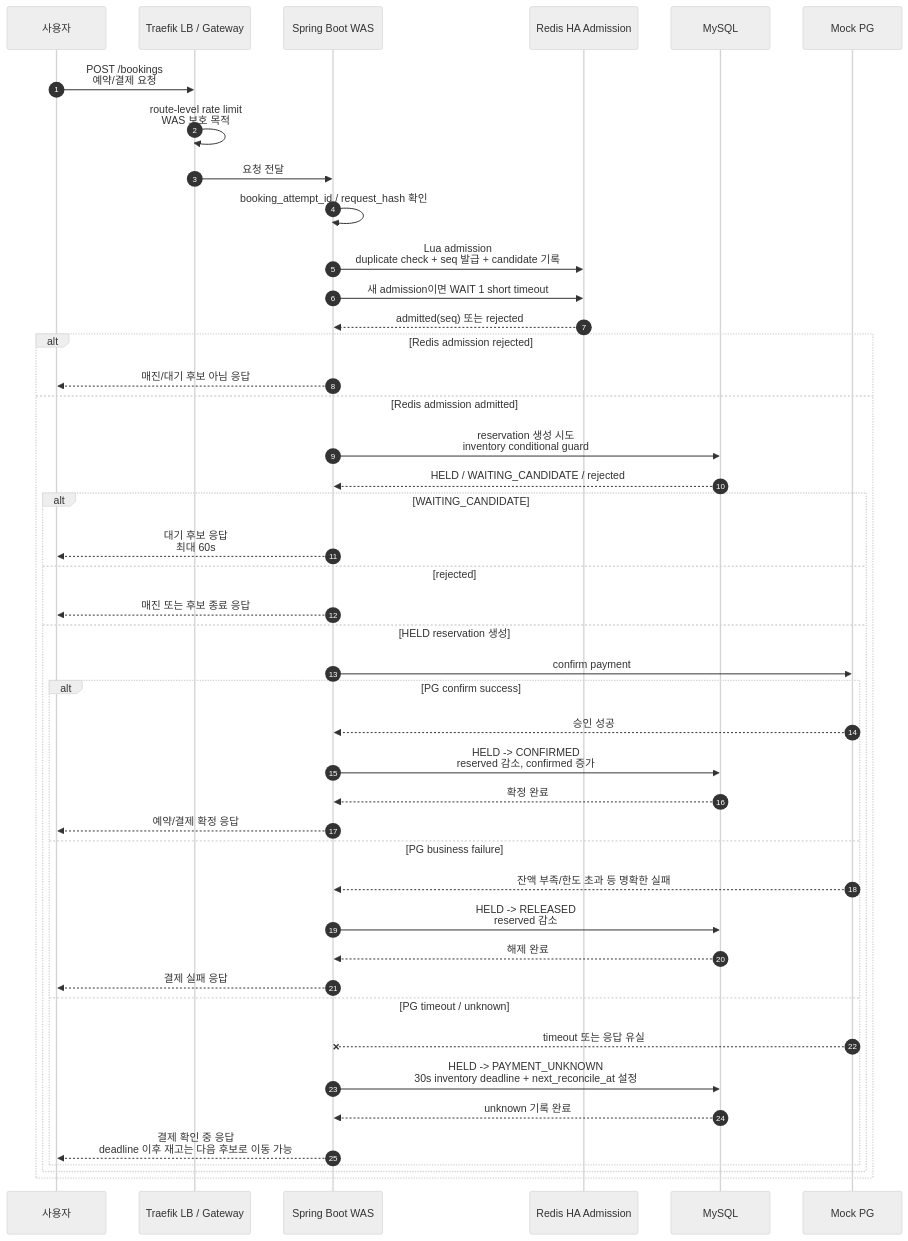
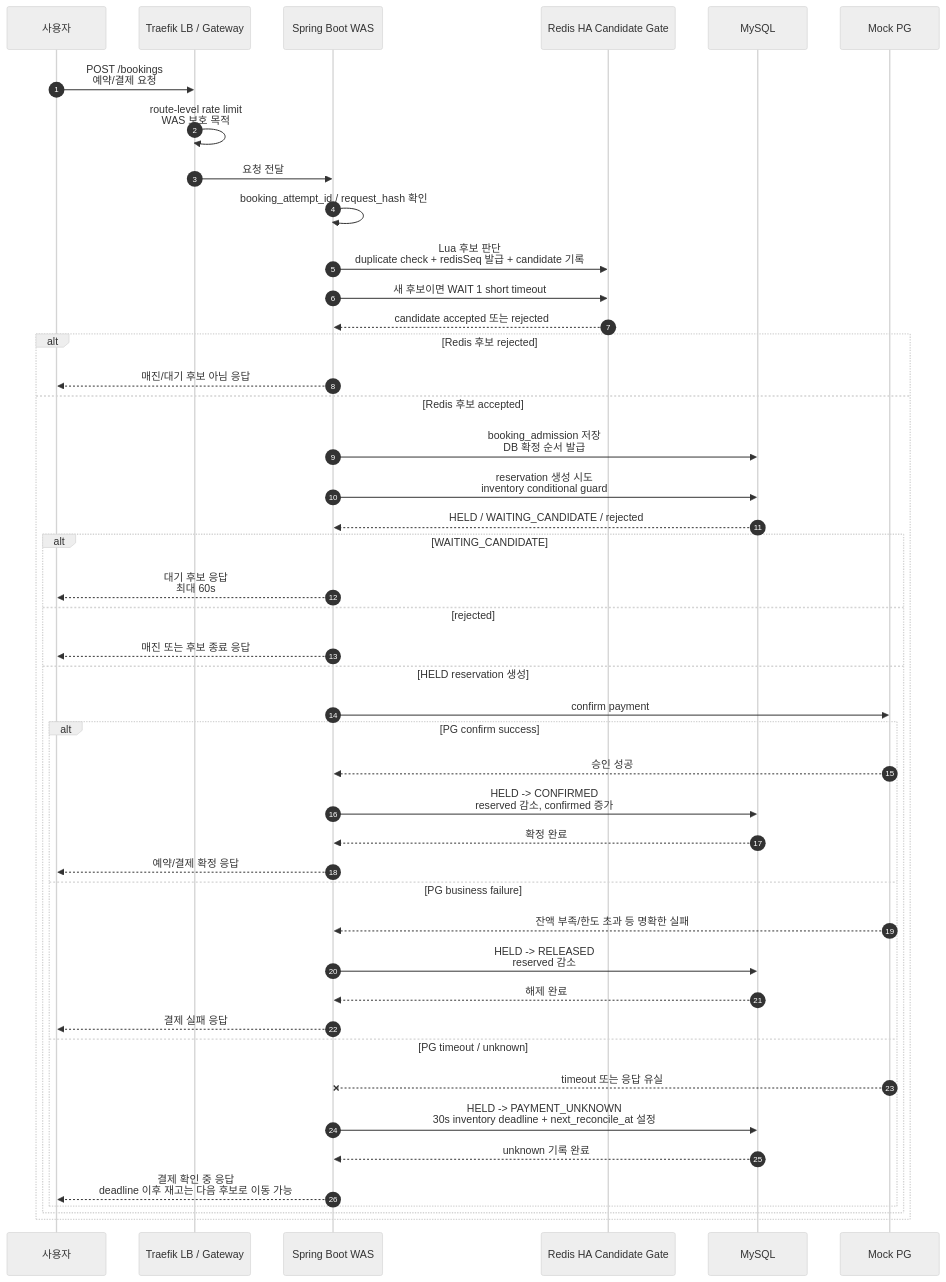
Before and after one commit to lsh1215/peak-booking-system: the first of 6 diagrams in docs/system-design/booking-user-flow-mermaid.md, drawn with Mermaid (neutral theme). The commit also changed other lines of this file and 1 other file, not shown here.

First line of the commit message:
docs: update SDD and booking flow

````diff
--- a/docs/system-design/booking-user-flow-mermaid.md
+++ b/docs/system-design/booking-user-flow-mermaid.md
@@ -20,51 +20,52 @@
 ```mermaid
 sequenceDiagram
     autonumber
     participant U as 사용자
     participant T as Traefik LB / Gateway
     participant A as Spring Boot WAS
-    participant R as Redis HA Admission
+    participant R as Redis HA Candidate Gate
     participant D as MySQL
     participant P as Mock PG
 
     U->>T: POST /bookings<br/>예약/결제 요청
     T->>T: route-level rate limit<br/>WAS 보호 목적
     T->>A: 요청 전달
 
     A->>A: booking_attempt_id / request_hash 확인
-    A->>R: Lua admission<br/>duplicate check + seq 발급 + candidate 기록
-    A->>R: 새 admission이면 WAIT 1 short timeout
-    R-->>A: admitted(seq) 또는 rejected
+    A->>R: Lua 후보 판단<br/>duplicate check + redisSeq 발급 + candidate 기록
+    A->>R: 새 후보이면 WAIT 1 short timeout
+    R-->>A: candidate accepted 또는 rejected
 
-    alt Redis admission rejected
+    alt Redis 후보 rejected
         A-->>U: 매진/대기 후보 아님 응답
-    else Redis admission admitted
+    else Redis 후보 accepted
+        A->>D: booking_admission 저장<br/>DB 확정 순서 발급
         A->>D: reservation 생성 시도<br/>inventory conditional guard
         D-->>A: HELD / WAITING_CANDIDATE / rejected
 
         alt WAITING_CANDIDATE
             A-->>U: 대기 후보 응답<br/>최대 60s
         else rejected
             A-->>U: 매진 또는 후보 종료 응답
         else HELD reservation 생성
         A->>P: confirm payment
 
             alt PG confirm success
                 P-->>A: 승인 성공
                 A->>D: HELD -> CONFIRMED<br/>reserved 감소, confirmed 증가
                 D-->>A: 확정 완료
                 A-->>U: 예약/결제 확정 응답
             else PG business failure
                 P-->>A: 잔액 부족/한도 초과 등 명확한 실패
                 A->>D: HELD -> RELEASED<br/>reserved 감소
                 D-->>A: 해제 완료
                 A-->>U: 결제 실패 응답
             else PG timeout / unknown
                 P--x A: timeout 또는 응답 유실
                 A->>D: HELD -> PAYMENT_UNKNOWN<br/>30s inventory deadline + next_reconcile_at 설정
                 D-->>A: unknown 기록 완료
                 A-->>U: 결제 확인 중 응답<br/>deadline 이후 재고는 다음 후보로 이동 가능
             end
         end
     end
 ```
````
